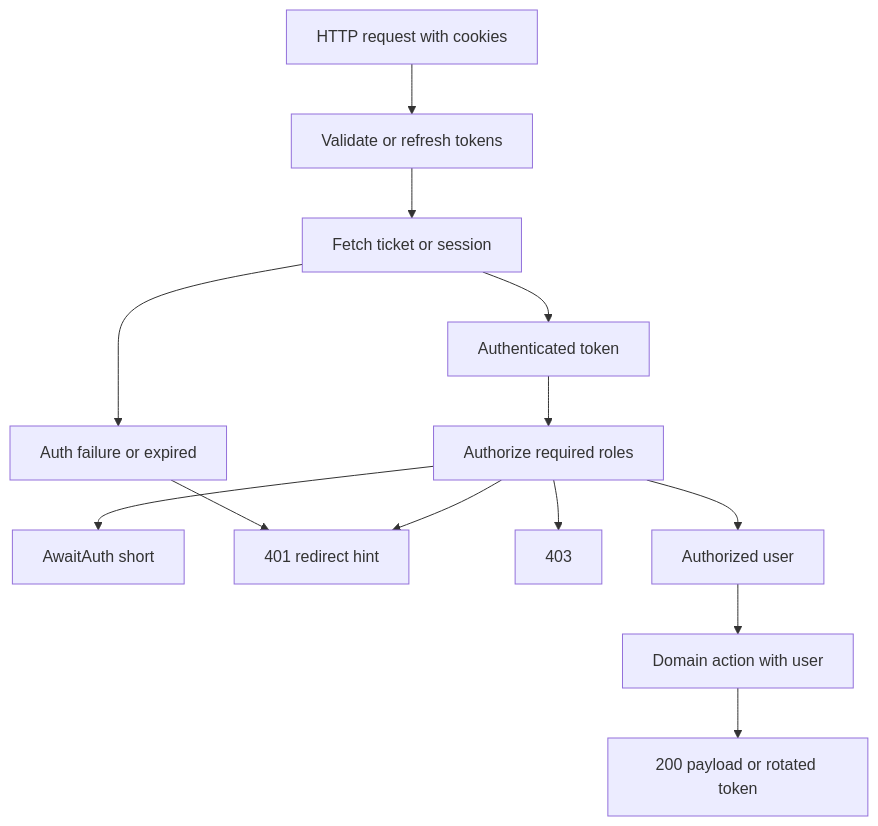
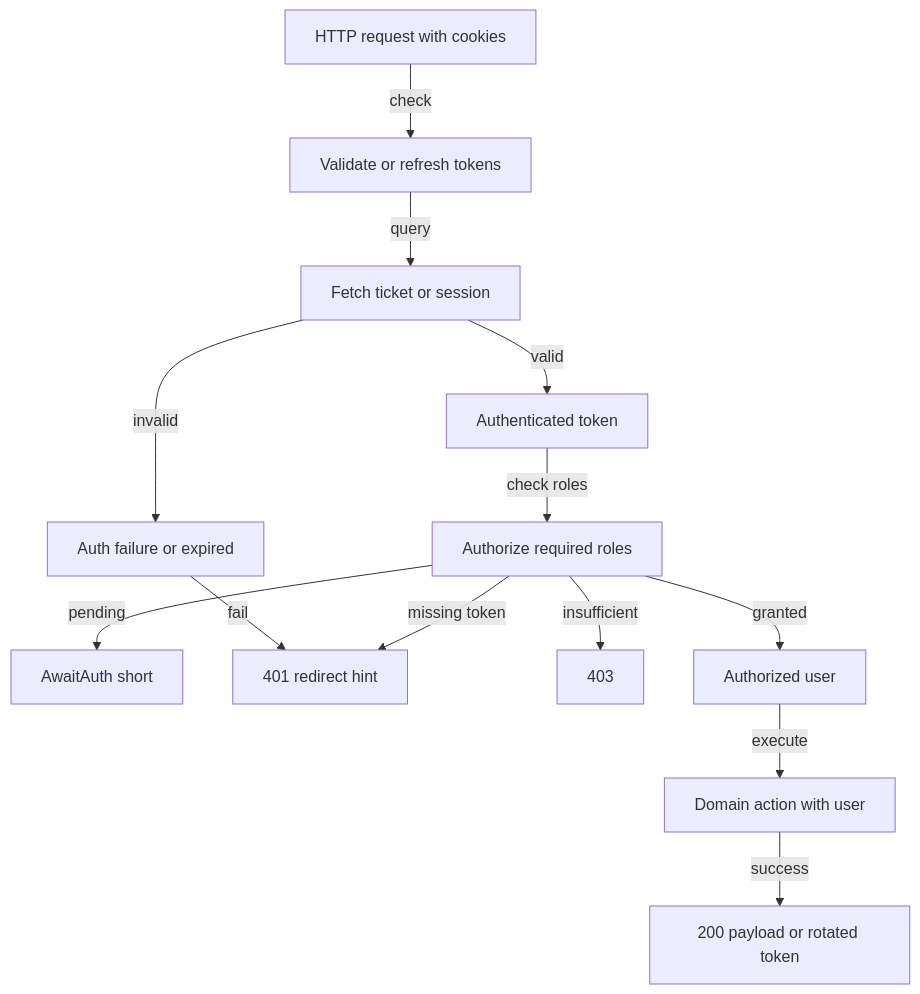
The second of 2 diagrams in documents/engineering/total_pure_modelling.md (Tuee22/effectful), drawn with Mermaid before and after one commit. The commit also changed other lines of this file and 34 other files, not shown here.

````diff
--- a/documents/engineering/total_pure_modelling.md
+++ b/documents/engineering/total_pure_modelling.md
@@ -63,28 +63,28 @@
 ```mermaid
 flowchart TB
     Request[HTTP request with cookies]
     Validate[Validate or refresh tokens]
     FetchTicket[Fetch ticket or session]
     Authenticated[Authenticated token]
     AuthFailure[Auth failure or expired]
     Authorize[Authorize required roles]
     AwaitAuth[AwaitAuth short]
     Redirect[401 redirect hint]
     Denied[403]
     Authorized[Authorized user]
     DomainAction[Domain action with user]
     Response[200 payload or rotated token]
 
-    Request --> Validate
-    Validate --> FetchTicket
-    FetchTicket --> Authenticated
-    FetchTicket --> AuthFailure
-    Authenticated --> Authorize
-    AuthFailure --> Redirect
-    Authorize --> AwaitAuth
-    Authorize --> Redirect
-    Authorize --> Denied
-    Authorize --> Authorized
-    Authorized --> DomainAction
-    DomainAction --> Response
+    Request -->|check| Validate
+    Validate -->|query| FetchTicket
+    FetchTicket -->|valid| Authenticated
+    FetchTicket -->|invalid| AuthFailure
+    Authenticated -->|check roles| Authorize
+    AuthFailure -->|fail| Redirect
+    Authorize -->|pending| AwaitAuth
+    Authorize -->|missing token| Redirect
+    Authorize -->|insufficient| Denied
+    Authorize -->|granted| Authorized
+    Authorized -->|execute| DomainAction
+    DomainAction -->|success| Response
 ```
````
